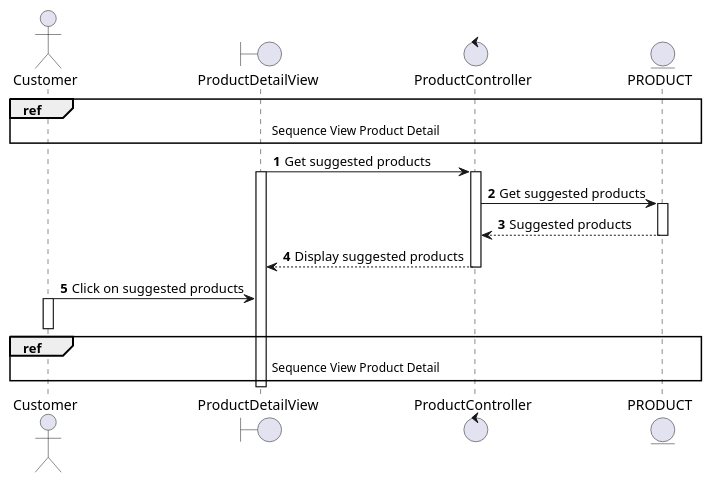
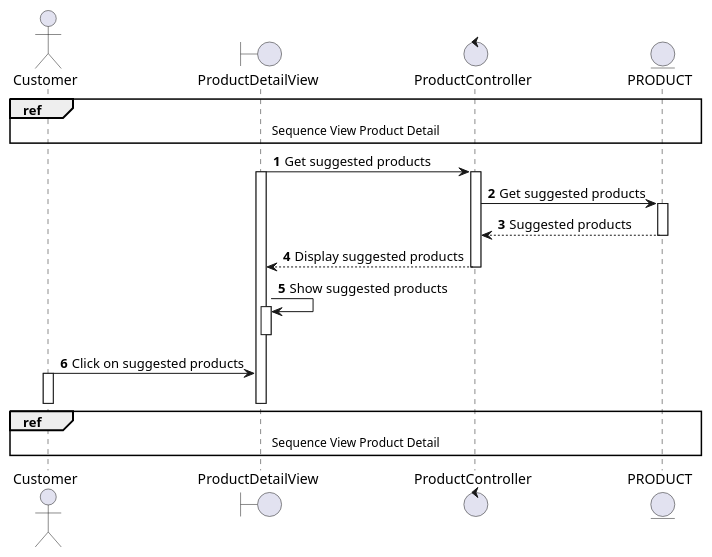
One commit to electricilies/electricilies.github.io changed the diagram in docs/docs/sequence/view-product/view-suggested-product.md. Above: the diagram before and after it, drawn with PlantUML. The commit also changed 4 other files, not shown here.

Commit message:
fix: yay view-product

````diff
--- a/docs/docs/sequence/view-product/view-suggested-product.md
+++ b/docs/docs/sequence/view-product/view-suggested-product.md
@@ -3,26 +3,30 @@
 ```plantuml
 @startuml
 autonumber
 
 actor Customer as C
 boundary ProductDetailView as PDV
 control ProductController as PC
 entity PRODUCT as P
 
 ref over C, P: Sequence View Product Detail
 PDV -> PC: Get suggested products
 activate PDV
 activate PC
 PC -> P: Get suggested products
 activate P
 PC <-- P: Suggested products
 deactivate P
 PDV <-- PC: Display suggested products
 deactivate PC
+PDV -> PDV: Show suggested products
+activate PDV
+deactivate PDV
 C -> PDV: Click on suggested products
 activate C
+deactivate PDV
+ref over C, P: Sequence View Product Detail
 deactivate C
-ref over C, P: Sequence View Product Detail
 
 @enduml
 ```
````
